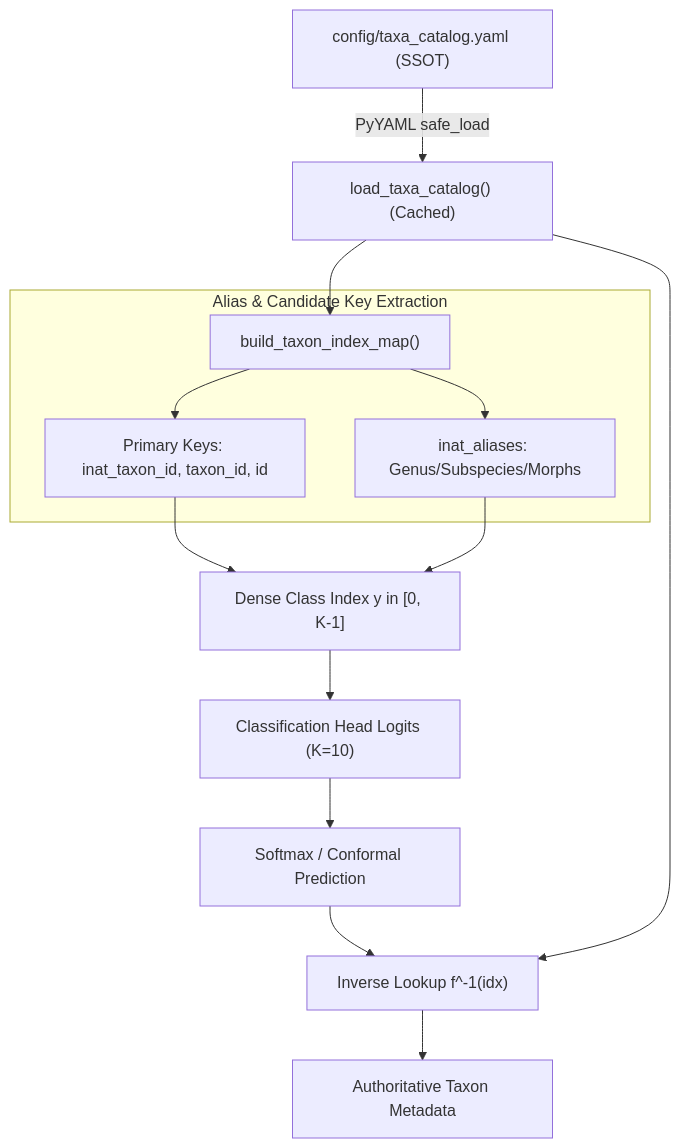
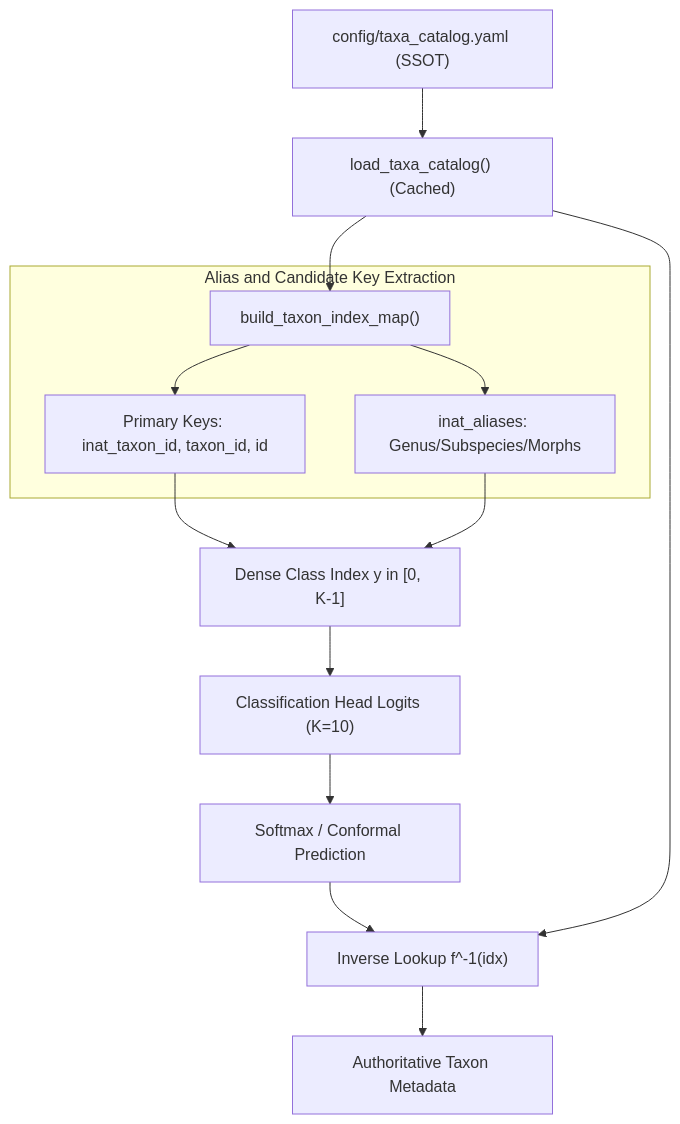
Before and after one commit to foersben/taxon-vision-mlops: the second of 2 diagrams in openwiki/architecture/domain-and-taxa.md, drawn with Mermaid. The commit also changed other lines of this file and 27 other files, not shown here.

````diff
--- a/openwiki/architecture/domain-and-taxa.md
+++ b/openwiki/architecture/domain-and-taxa.md
@@ -179,19 +197,19 @@
 ```mermaid
 flowchart TD
-    YAML["config/taxa_catalog.yaml (SSOT)"] -->|PyYAML safe_load| Cache["load_taxa_catalog() (Cached)"]
+    YAML["config/taxa_catalog.yaml (SSOT)"] --> Cache["load_taxa_catalog() (Cached)"]
     Cache --> IndexMap["build_taxon_index_map()"]
     
-    subgraph Resolution["Alias & Candidate Key Extraction"]
+    subgraph Resolution["Alias and Candidate Key Extraction"]
         IndexMap --> K1["Primary Keys: inat_taxon_id, taxon_id, id"]
         IndexMap --> K2["inat_aliases: Genus/Subspecies/Morphs"]
     end
     
     K1 --> Dense["Dense Class Index y in [0, K-1]"]
     K2 --> Dense
     
     Dense --> Head["Classification Head Logits (K=10)"]
     Head --> Softmax["Softmax / Conformal Prediction"]
     Softmax --> InvLookup["Inverse Lookup f^-1(idx)"]
     Cache --> InvLookup
     InvLookup --> Result["Authoritative Taxon Metadata"]
 ```
````
